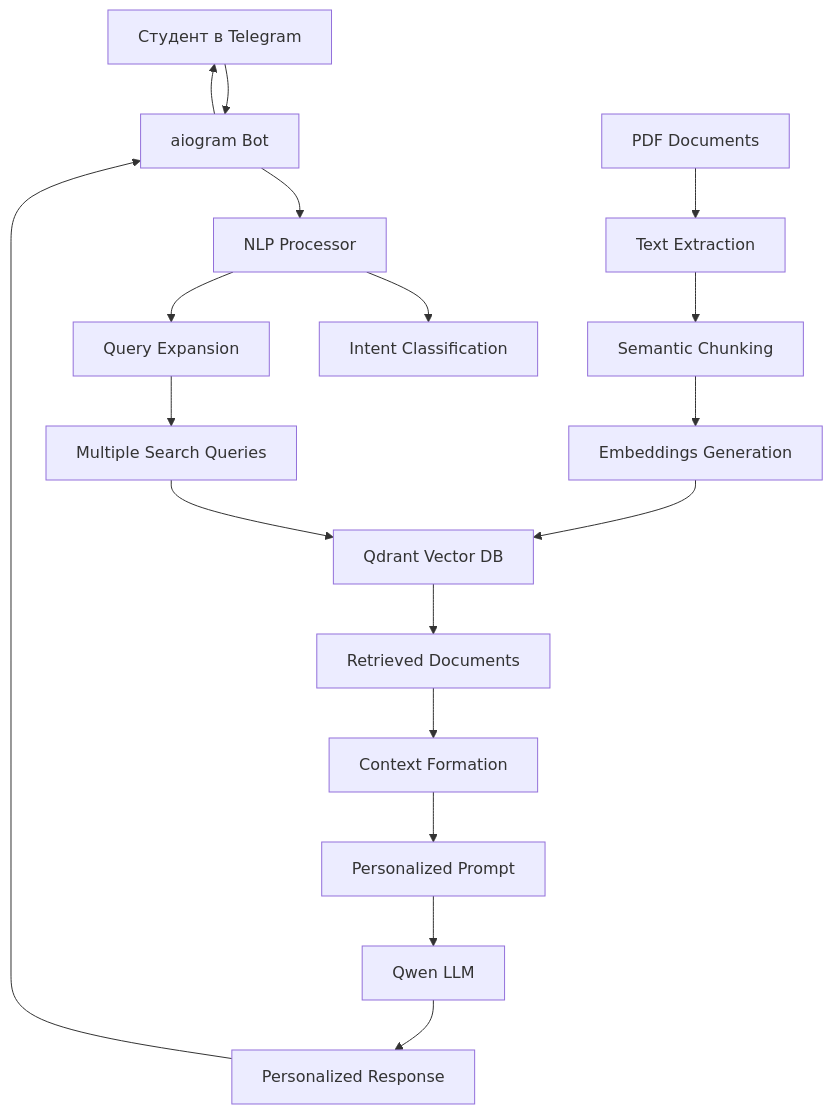
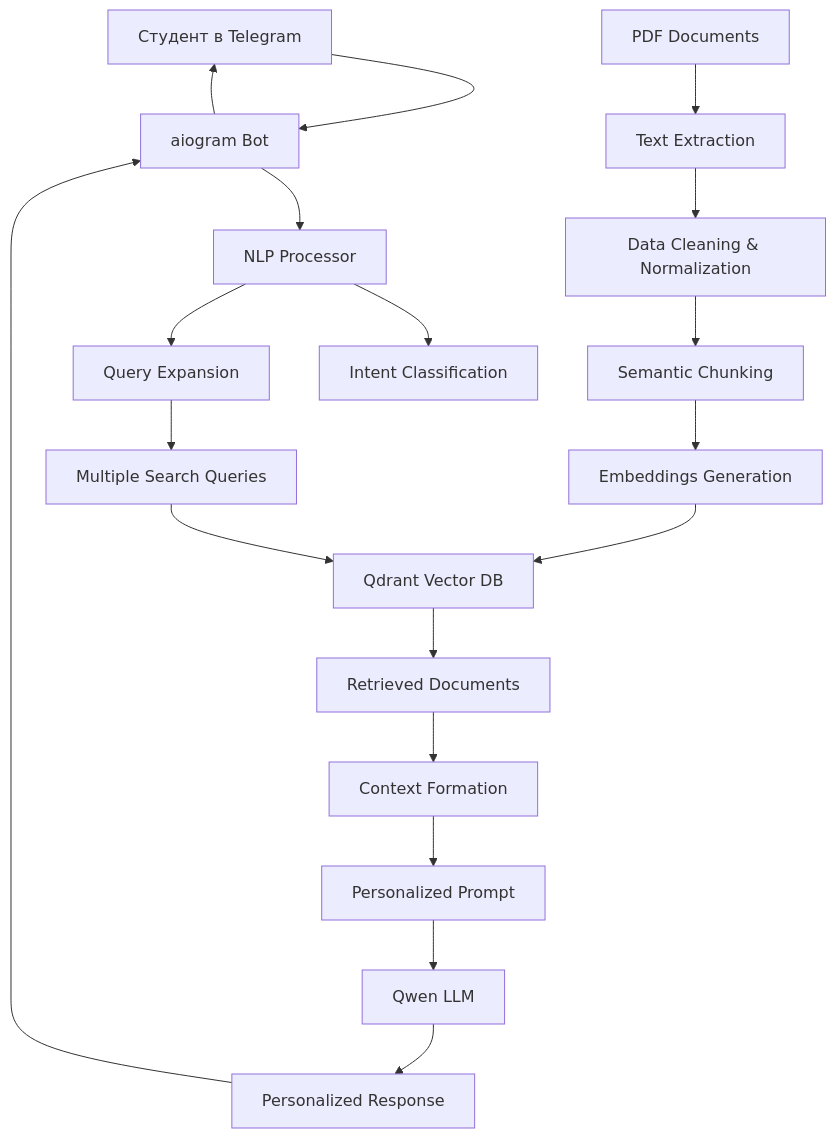
The diagram in PORTFOLIO_BOT_NUTRICIOLOG.md (ailish0000/bot-assist-helth), drawn with Mermaid before and after one commit. The commit also changed other lines of this file and 2 other files, not shown here.

````diff
--- a/PORTFOLIO_BOT_NUTRICIOLOG.md
+++ b/PORTFOLIO_BOT_NUTRICIOLOG.md
@@ -57,21 +64,22 @@
 ```mermaid
 graph TD
     A[Студент в Telegram] --> B[aiogram Bot]
     B --> C[NLP Processor]
     C --> D[Intent Classification]
     C --> E[Query Expansion]
     E --> F[Multiple Search Queries]
     F --> G[Qdrant Vector DB]
     G --> H[Retrieved Documents]
     H --> I[Context Formation]
     I --> J[Personalized Prompt]
     J --> K[Qwen LLM]
     K --> L[Personalized Response]
     L --> B
     B --> A
     
     M[PDF Documents] --> N[Text Extraction]
-    N --> O[Semantic Chunking]
+    N --> Q[Data Cleaning & Normalization]
+    Q --> O[Semantic Chunking]
     O --> P[Embeddings Generation]
     P --> G
 ```
````
